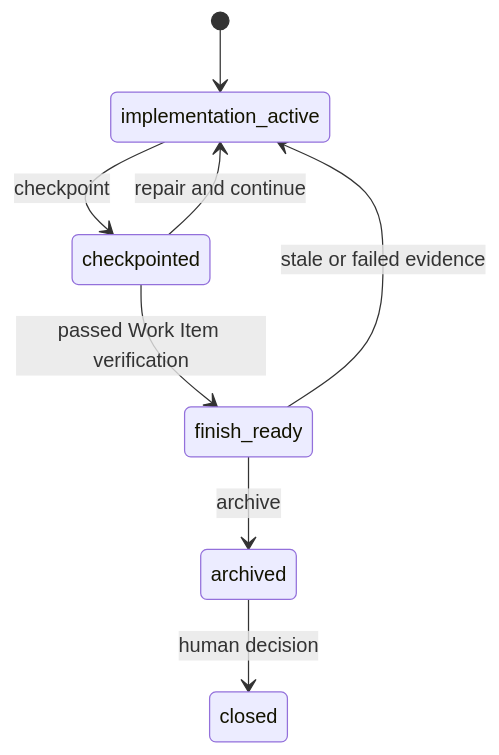
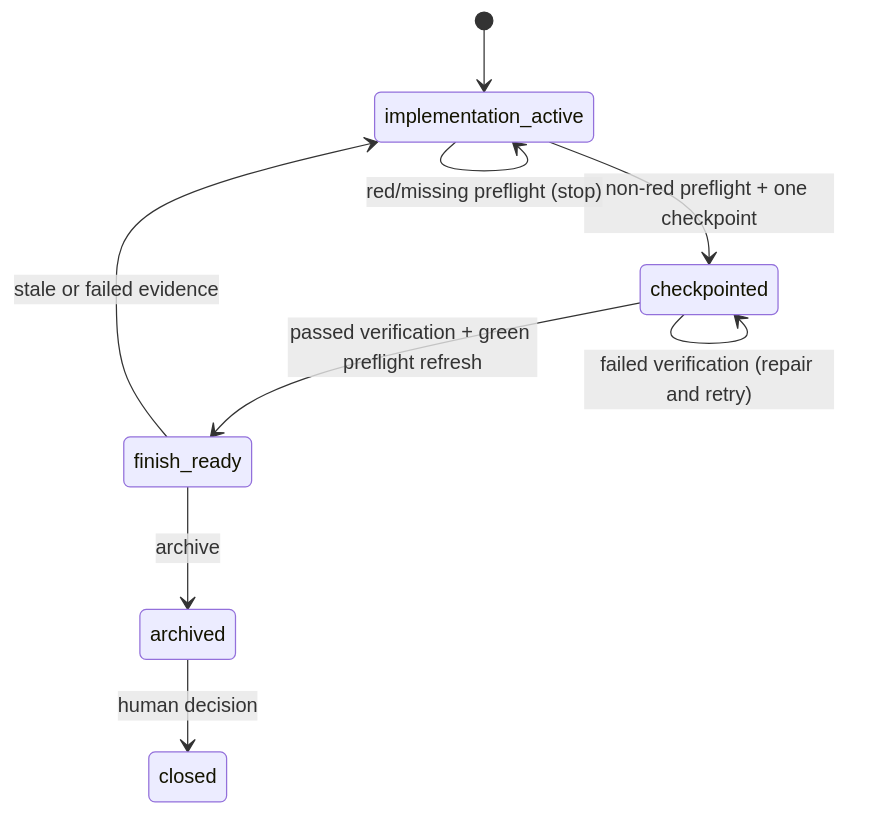
Before and after one commit to xinglun/ai-cockpit: the second of 3 diagrams in docs/architecture.md, drawn with Mermaid. The commit also changed 31 other files, not shown here.

````diff
--- a/docs/architecture.md
+++ b/docs/architecture.md
@@ -62,10 +62,11 @@
 ```mermaid
 stateDiagram-v2
     [*] --> implementation_active
-    implementation_active --> checkpointed: checkpoint
-    checkpointed --> finish_ready: passed Work Item verification
+    implementation_active --> checkpointed: non-red preflight + one checkpoint
+    checkpointed --> finish_ready: passed verification + green preflight refresh
     finish_ready --> archived: archive
     archived --> closed: human decision
-    checkpointed --> implementation_active: repair and continue
+    implementation_active --> implementation_active: red/missing preflight (stop)
+    checkpointed --> checkpointed: failed verification (repair and retry)
     finish_ready --> implementation_active: stale or failed evidence
 ```
````
